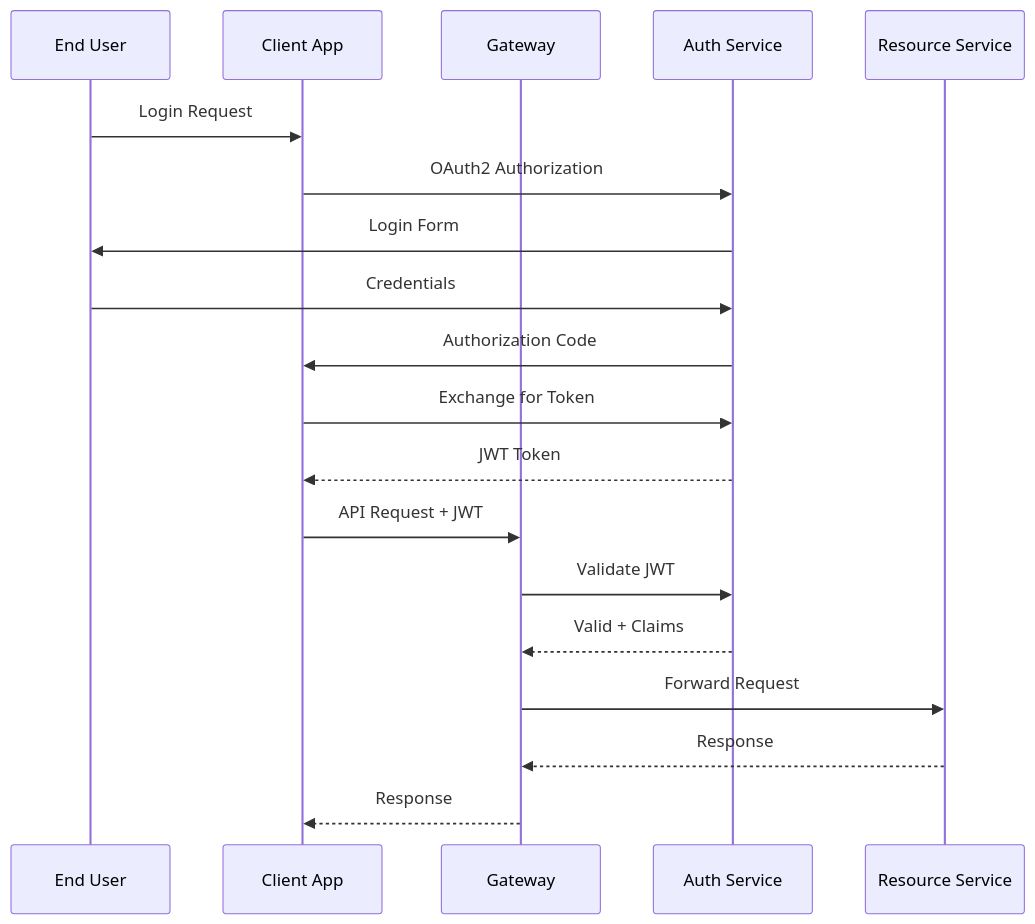
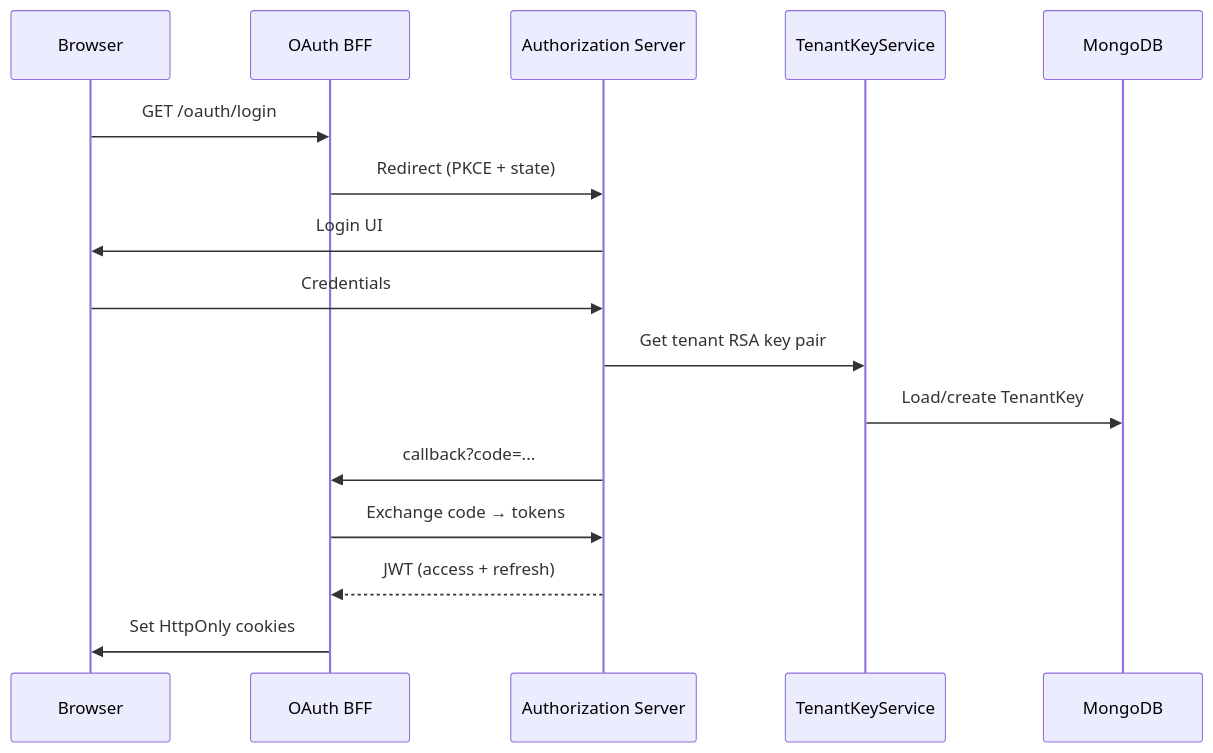
Before and after one commit to flamingo-stack/openframe-oss-lib: the third of 5 diagrams in docs/development/architecture/README.md, drawn with Mermaid. The commit also changed other lines of this file and 1819 other files, not shown here.

````diff
--- a/docs/development/architecture/README.md
+++ b/docs/development/architecture/README.md
@@ -376,23 +82,19 @@
 ```mermaid
 sequenceDiagram
-    participant User as End User
-    participant App as Client App
-    participant Gateway as Gateway
-    participant Auth as Auth Service
-    participant Resource as Resource Service
-    
-    User->>App: Login Request
-    App->>Auth: OAuth2 Authorization
-    Auth->>User: Login Form
-    User->>Auth: Credentials
-    Auth->>App: Authorization Code
-    App->>Auth: Exchange for Token
-    Auth-->>App: JWT Token
-    
-    App->>Gateway: API Request + JWT
-    Gateway->>Auth: Validate JWT
-    Auth-->>Gateway: Valid + Claims
-    Gateway->>Resource: Forward Request
-    Resource-->>Gateway: Response
-    Gateway-->>App: Response
+    participant B as Browser
+    participant BFF as OAuth BFF
+    participant AuthSrv as Authorization Server
+    participant KS as TenantKeyService
+    participant DB as MongoDB
+
+    B->>BFF: GET /oauth/login
+    BFF->>AuthSrv: Redirect (PKCE + state)
+    AuthSrv->>B: Login UI
+    B->>AuthSrv: Credentials
+    AuthSrv->>KS: Get tenant RSA key pair
+    KS->>DB: Load/create TenantKey
+    AuthSrv->>BFF: callback?code=...
+    BFF->>AuthSrv: Exchange code → tokens
+    AuthSrv-->>BFF: JWT (access + refresh)
+    BFF->>B: Set HttpOnly cookies
 ```
````
